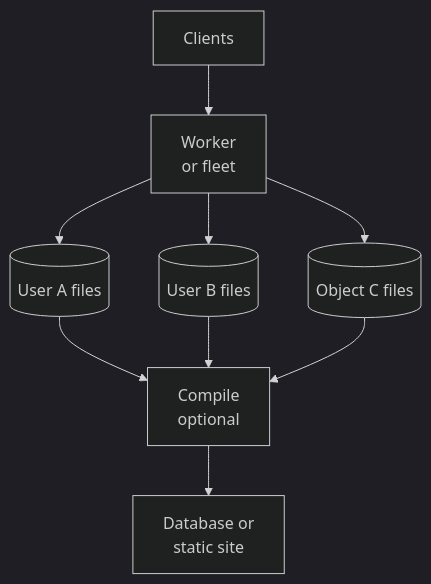
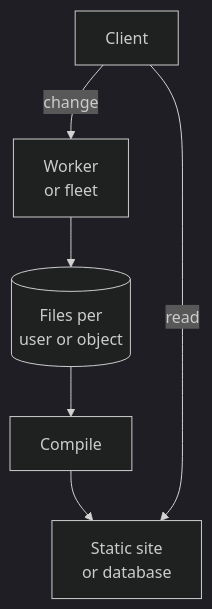
Before and after one commit to bristweb/yafidb: the diagram in README.md, drawn with Mermaid (dark theme). The commit also changed other lines of this file and 1 other file, not shown here.

Commit message:
Separate change and read paths in orchestration diagrams

````diff
--- a/README.md
+++ b/README.md
@@ -9,11 +9,9 @@
 ```mermaid
 flowchart TB
-    C[Clients] --> W[Worker<br/>or fleet]
-    W --> A[(User A files)]
-    W --> B[(User B files)]
-    W --> O[(Object C files)]
-    A --> D[Compile<br/>optional]
-    B --> D
-    O --> D
-    D --> V[Database or<br/>static site]
+    C[Client]
+    C -->|change| W[Worker<br/>or fleet]
+    W --> F[(Files per<br/>user or object)]
+    F --> K[Compile]
+    K --> S[Static site<br/>or database]
+    C -->|read| S
 ```
````
